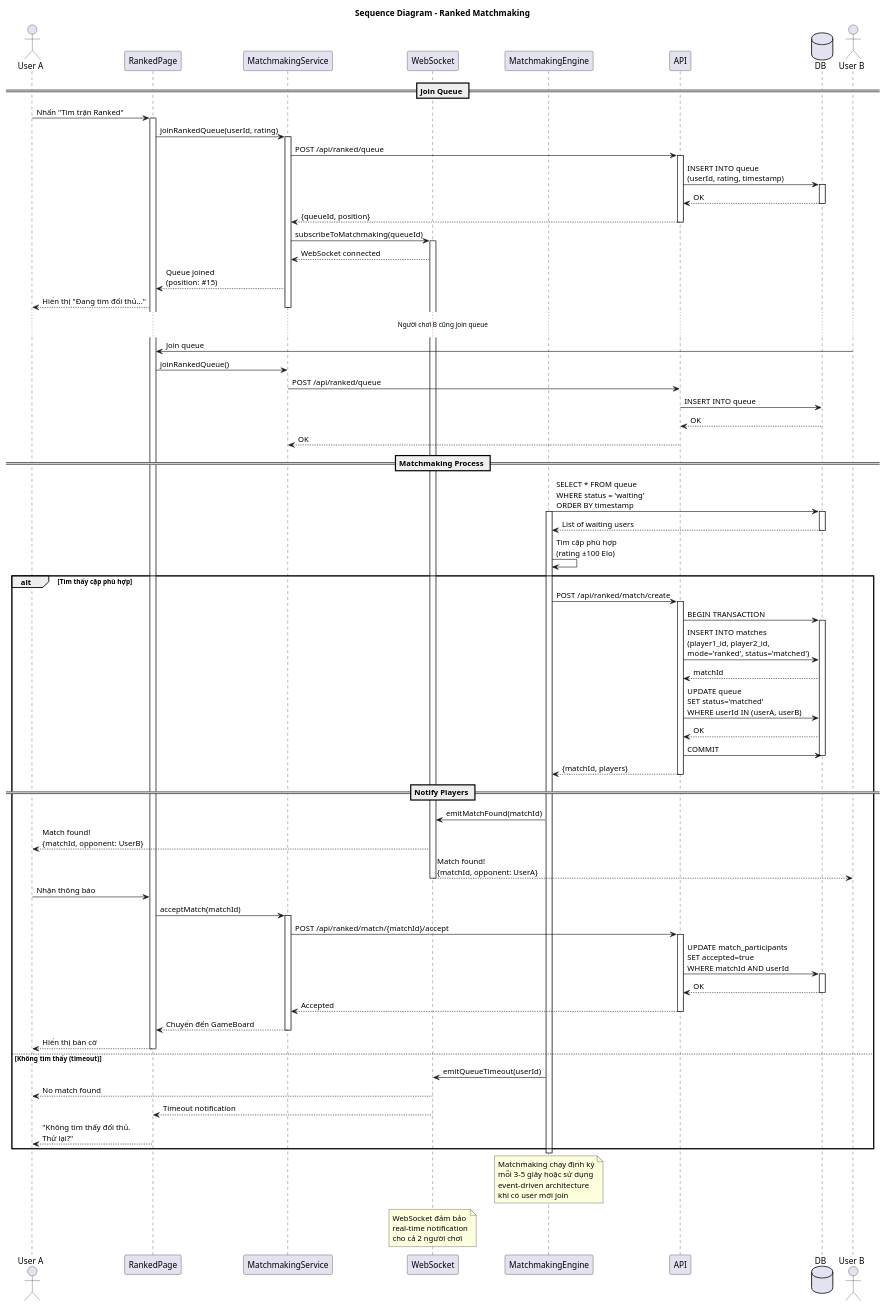
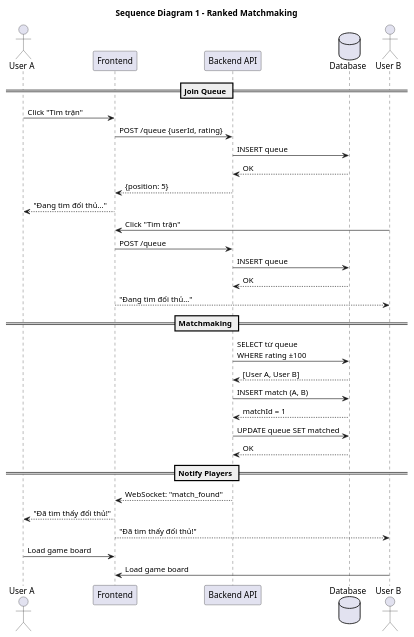
Before and after one commit to Sagitoaz/ChessWeb: the diagram in diagram/sequence/ranked_matchmaking_sequence.puml, drawn with PlantUML. The commit also changed 6 other files, not shown here.

Commit message:
Refactor activity, sequence, and state diagrams for ranked match system; update titles and streamline processes

```diff
--- a/diagram/sequence/ranked_matchmaking_sequence.puml
+++ b/diagram/sequence/ranked_matchmaking_sequence.puml
@@ -1,133 +1,46 @@
 @startuml UML_P3_Ranked_Matchmaking_Sequence
 
-title Sequence Diagram - Ranked Matchmaking
+title Sequence Diagram 1 - Ranked Matchmaking
 
-actor "User A" as UserA
-participant "RankedPage" as Page
-participant "MatchmakingService" as MM
-participant "WebSocket" as WS
-participant "MatchmakingEngine" as Engine
-participant "API" as API
-database "DB" as DB
-actor "User B" as UserB
+actor "User A" as A
+participant "Frontend" as FE
+participant "Backend API" as API
+database "Database" as DB
+actor "User B" as B
 
 == Join Queue ==
 
-UserA -> Page: Nhấn "Tìm trận Ranked"
-activate Page
+A -> FE: Click "Tìm trận"
+FE -> API: POST /queue {userId, rating}
+API -> DB: INSERT queue
+DB --> API: OK
+API --> FE: {position: 5}
+FE --> A: "Đang tìm đối thủ..."
 
-Page -> MM: joinRankedQueue(userId, rating)
-activate MM
+B -> FE: Click "Tìm trận"
+FE -> API: POST /queue
+API -> DB: INSERT queue
+DB --> API: OK
+FE --> B: "Đang tìm đối thủ..."
 
-MM -> API: POST /api/ranked/queue
-activate API
+== Matchmaking ==
 
-API -> DB: INSERT INTO queue\n(userId, rating, timestamp)
-activate DB
+API -> DB: SELECT từ queue\nWHERE rating ±100
+DB --> API: [User A, User B]
+
+API -> DB: INSERT match (A, B)
+DB --> API: matchId = 1
+
+API -> DB: UPDATE queue SET matched
 DB --> API: OK
-deactivate DB
 
-API --> MM: {queueId, position}
-deactivate API
+== Notify Players ==
 
-MM -> WS: subscribeToMatchmaking(queueId)
-activate WS
+API --> FE: WebSocket: "match_found"
+FE --> A: "Đã tìm thấy đối thủ!"
+FE --> B: "Đã tìm thấy đối thủ!"
 
-WS --> MM: WebSocket connected
-MM --> Page: Queue joined\n(position: #15)
-Page --> UserA: Hiển thị "Đang tìm đối thủ..."
-deactivate MM
-
-...Người chơi B cũng join queue...
-
-UserB -> Page: Join queue
-Page -> MM: joinRankedQueue()
-MM -> API: POST /api/ranked/queue
-API -> DB: INSERT INTO queue
-DB --> API: OK
-API --> MM: OK
-
-== Matchmaking Process ==
-
-Engine -> DB: SELECT * FROM queue\nWHERE status = 'waiting'\nORDER BY timestamp
-activate Engine
-activate DB
-
-DB --> Engine: List of waiting users
-deactivate DB
-
-Engine -> Engine: Tìm cặp phù hợp\n(rating ±100 Elo)
-
-alt Tìm thấy cặp phù hợp
-    
-    Engine -> API: POST /api/ranked/match/create
-    activate API
-    
-    API -> DB: BEGIN TRANSACTION
-    activate DB
-    
-    API -> DB: INSERT INTO matches\n(player1_id, player2_id,\nmode='ranked', status='matched')
-    DB --> API: matchId
-    
-    API -> DB: UPDATE queue\nSET status='matched'\nWHERE userId IN (userA, userB)
-    DB --> API: OK
-    
-    API -> DB: COMMIT
-    deactivate DB
-    
-    API --> Engine: {matchId, players}
-    deactivate API
-    
-    == Notify Players ==
-    
-    Engine -> WS: emitMatchFound(matchId)
-    
-    WS --> UserA: Match found!\n{matchId, opponent: UserB}
-    WS --> UserB: Match found!\n{matchId, opponent: UserA}
-    deactivate WS
-    
-    UserA -> Page: Nhận thông báo
-    Page -> MM: acceptMatch(matchId)
-    activate MM
-    
-    MM -> API: POST /api/ranked/match/{matchId}/accept
-    activate API
-    
-    API -> DB: UPDATE match_participants\nSET accepted=true\nWHERE matchId AND userId
-    activate DB
-    DB --> API: OK
-    deactivate DB
-    
-    API --> MM: Accepted
-    deactivate API
-    MM --> Page: Chuyển đến GameBoard
-    deactivate MM
-    
-    Page --> UserA: Hiển thị bàn cờ
-    deactivate Page
-    
-else Không tìm thấy (timeout)
-    
-    Engine -> WS: emitQueueTimeout(userId)
-    WS --> UserA: No match found
-    WS --> Page: Timeout notification
-    Page --> UserA: "Không tìm thấy đối thủ.\nThử lại?"
-    
-end
-
-deactivate Engine
-
-note over Engine
-  Matchmaking chạy định kỳ
-  mỗi 3-5 giây hoặc sử dụng
-  event-driven architecture
-  khi có user mới join
-end note
-
-note over WS
-  WebSocket đảm bảo
-  real-time notification
-  cho cả 2 người chơi
-end note
+A -> FE: Load game board
+B -> FE: Load game board
 
 @enduml
```
